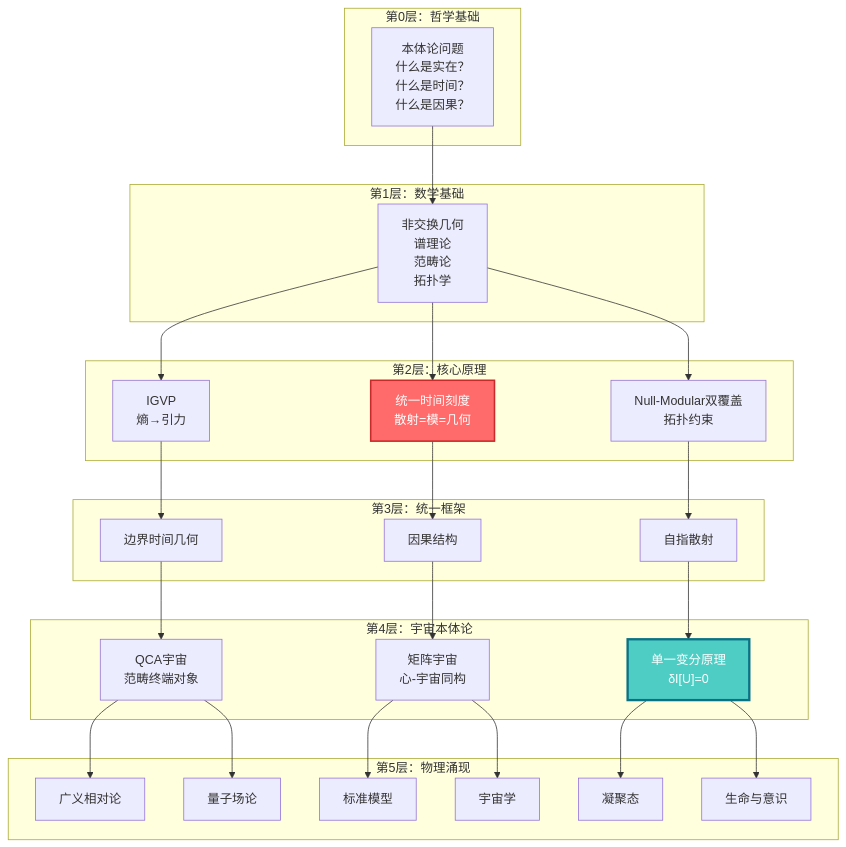
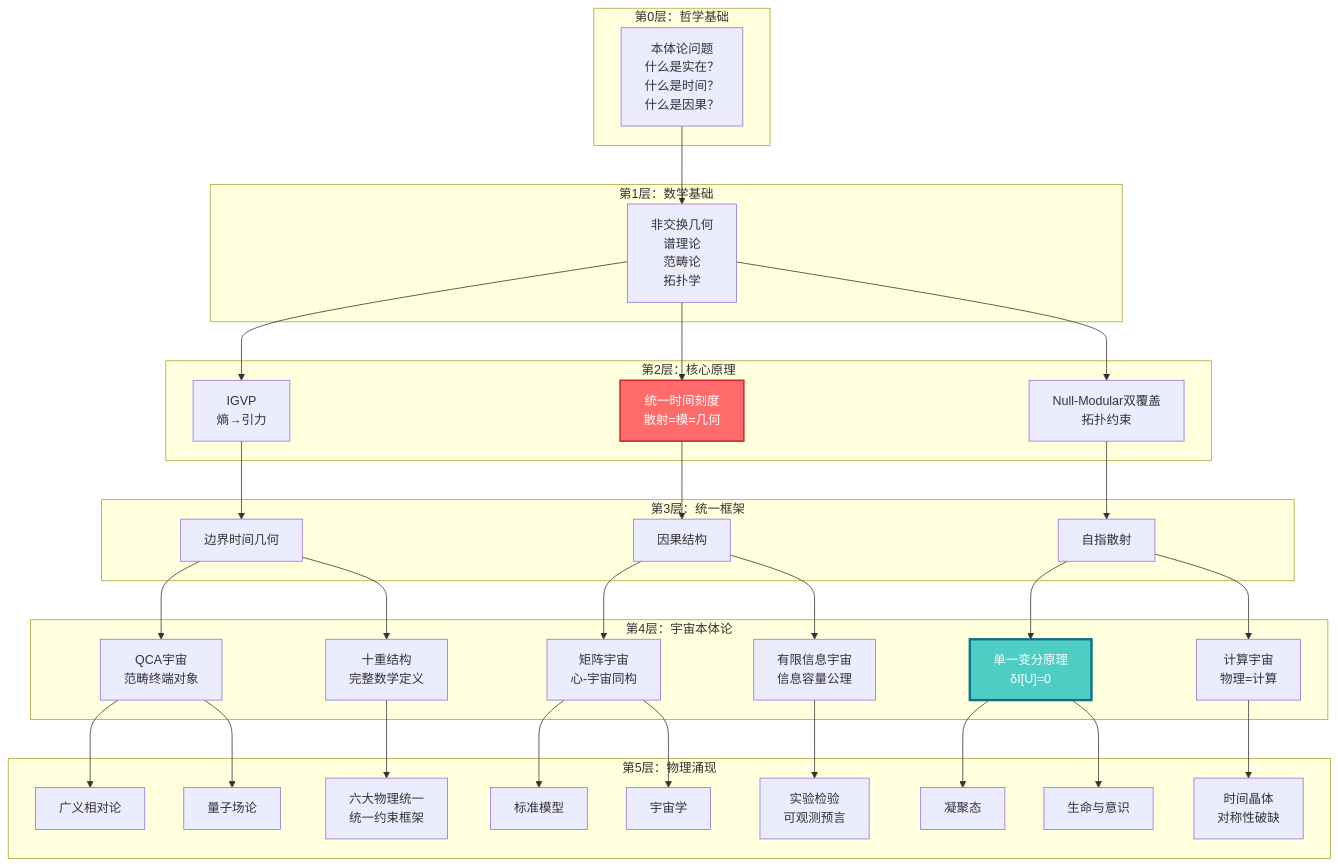
The third of 3 diagrams in docs/euler-article/gls-union/index.md (loning/zeckendorf-hilbert), drawn with Mermaid before and after one commit. The commit also changed other lines of this file and 1 other file, not shown here.

````diff
--- a/docs/euler-article/gls-union/index.md
+++ b/docs/euler-article/gls-union/index.md
@@ -353,60 +604,72 @@
 ```mermaid
 graph TD
     subgraph "第0层：哲学基础"
         Phil["本体论问题<br/>什么是实在？<br/>什么是时间？<br/>什么是因果？"]
     end
 
     subgraph "第1层：数学基础"
         Math["非交换几何<br/>谱理论<br/>范畴论<br/>拓扑学"]
     end
 
     subgraph "第2层：核心原理"
         Core1["IGVP<br/>熵→引力"]
         Core2["统一时间刻度<br/>散射=模=几何"]
         Core3["Null-Modular双覆盖<br/>拓扑约束"]
     end
 
     subgraph "第3层：统一框架"
         Frame1["边界时间几何"]
         Frame2["因果结构"]
         Frame3["自指散射"]
     end
 
     subgraph "第4层：宇宙本体论"
         Onto1["QCA宇宙<br/>范畴终端对象"]
         Onto2["矩阵宇宙<br/>心-宇宙同构"]
         Onto3["单一变分原理<br/>δI[U]=0"]
+        Onto4["十重结构<br/>完整数学定义"]
+        Onto5["有限信息宇宙<br/>信息容量公理"]
+        Onto6["计算宇宙<br/>物理=计算"]
     end
 
     subgraph "第5层：物理涌现"
         Phys1["广义相对论"]
         Phys2["量子场论"]
         Phys3["标准模型"]
         Phys4["宇宙学"]
         Phys5["凝聚态"]
         Phys6["生命与意识"]
+        Phys7["六大物理统一<br/>统一约束框架"]
+        Phys8["实验检验<br/>可观测预言"]
+        Phys9["时间晶体<br/>对称性破缺"]
     end
 
     Phil --> Math
     Math --> Core1
     Math --> Core2
     Math --> Core3
 
     Core1 --> Frame1
     Core2 --> Frame2
     Core3 --> Frame3
 
     Frame1 --> Onto1
     Frame2 --> Onto2
     Frame3 --> Onto3
+    Frame1 --> Onto4
+    Frame2 --> Onto5
+    Frame3 --> Onto6
 
     Onto1 --> Phys1
     Onto1 --> Phys2
     Onto2 --> Phys3
     Onto2 --> Phys4
     Onto3 --> Phys5
     Onto3 --> Phys6
+    Onto4 --> Phys7
+    Onto5 --> Phys8
+    Onto6 --> Phys9
 
     style Onto3 fill:#4ecdc4,stroke:#0b7285,stroke-width:3px,color:#fff
     style Core2 fill:#ff6b6b,stroke:#c92a2a,stroke-width:2px,color:#fff
 ```
````
